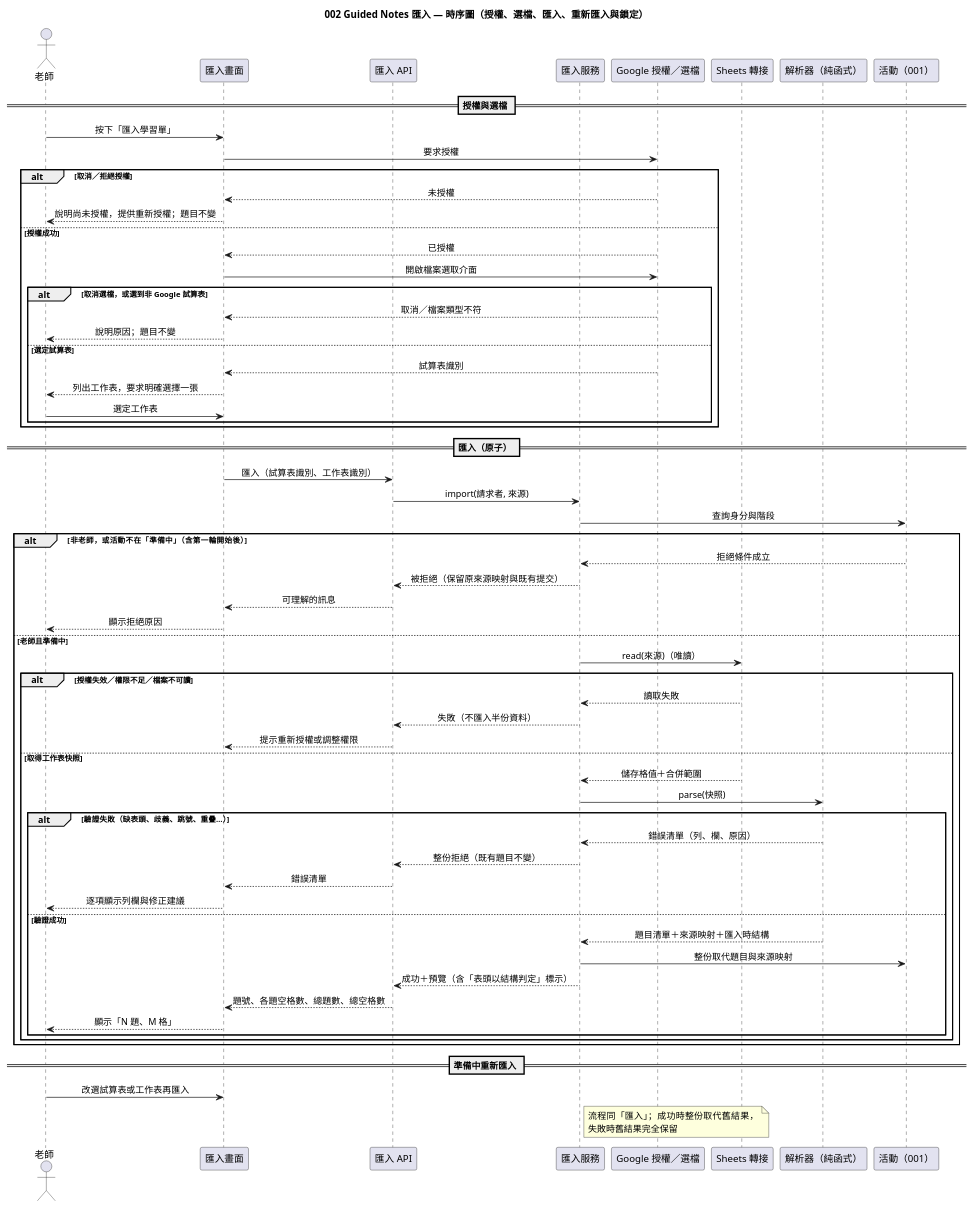
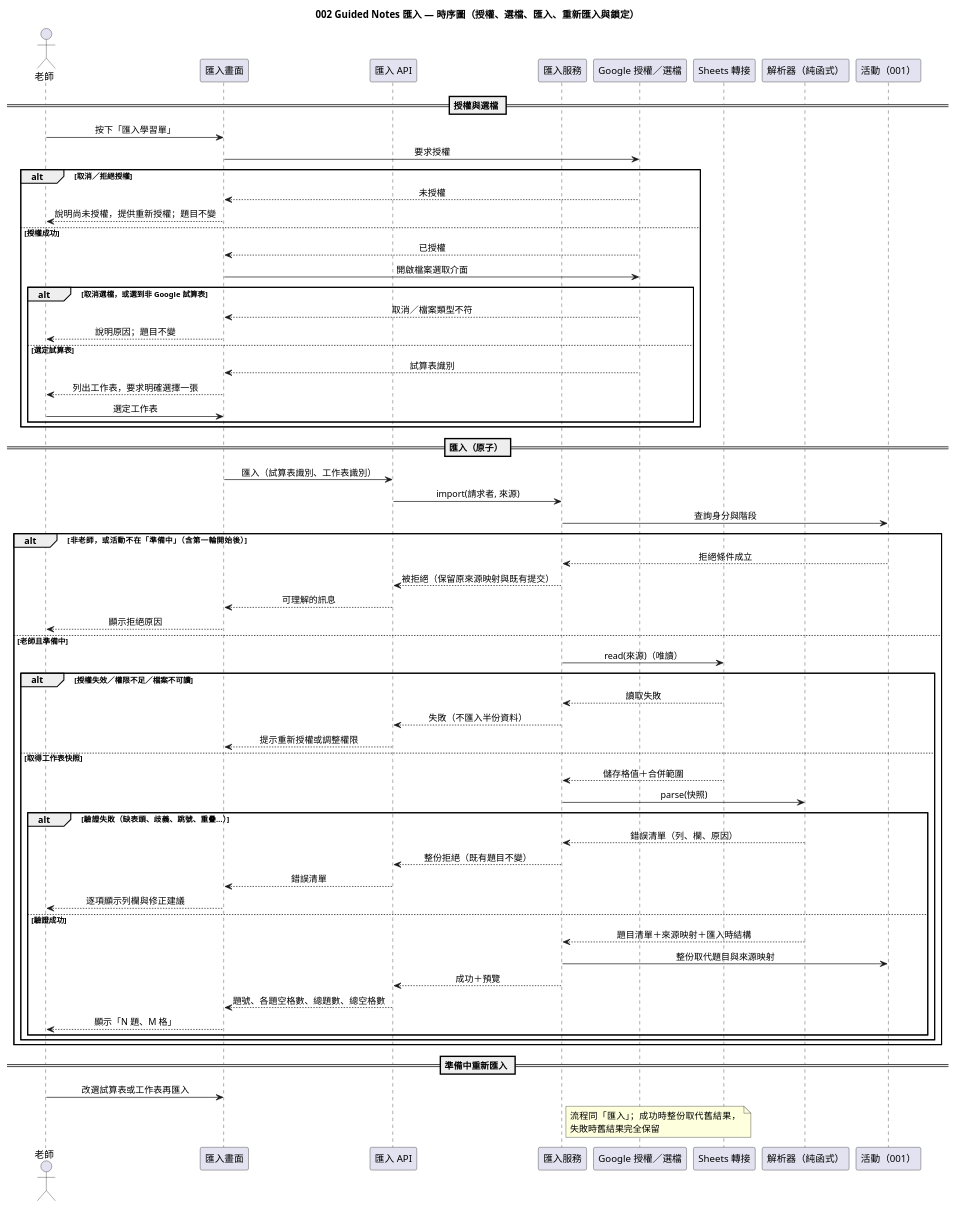
One commit to EricC430/lecture-answer-first_group16_speckit changed the diagram in diagrams/002-guided-notes-import-sequence.puml. Above: the diagram before and after it, drawn with PlantUML. The commit also changed 8 other files, not shown here.

```diff
--- a/diagrams/002-guided-notes-import-sequence.puml
+++ b/diagrams/002-guided-notes-import-sequence.puml
@@ -1,70 +1,70 @@
 @startuml 002-guided-notes-import-sequence
 skinparam defaultFontName "Microsoft JhengHei"
 skinparam sequenceMessageAlign center
 title 002 Guided Notes 匯入 — 時序圖（授權、選檔、匯入、重新匯入與鎖定）
 
 actor "老師" as T
 participant "匯入畫面" as UI
 participant "匯入 API" as API
 participant "匯入服務" as S
 participant "Google 授權／選檔" as G
 participant "Sheets 轉接" as SA
 participant "解析器（純函式）" as P
 participant "活動（001）" as A
 
 == 授權與選檔 ==
 T -> UI : 按下「匯入學習單」
 UI -> G : 要求授權
 alt 取消／拒絕授權
   G --> UI : 未授權
   UI --> T : 說明尚未授權，提供重新授權；題目不變
 else 授權成功
   G --> UI : 已授權
   UI -> G : 開啟檔案選取介面
   alt 取消選檔，或選到非 Google 試算表
     G --> UI : 取消／檔案類型不符
     UI --> T : 說明原因；題目不變
   else 選定試算表
     G --> UI : 試算表識別
     UI --> T : 列出工作表，要求明確選擇一張
     T -> UI : 選定工作表
   end
 end
 
 == 匯入（原子） ==
 UI -> API : 匯入（試算表識別、工作表識別）
 API -> S : import(請求者, 來源)
 S -> A : 查詢身分與階段
 alt 非老師，或活動不在「準備中」（含第一輪開始後）
   A --> S : 拒絕條件成立
   S --> API : 被拒絕（保留原來源映射與既有提交）
   API --> UI : 可理解的訊息
   UI --> T : 顯示拒絕原因
 else 老師且準備中
   S -> SA : read(來源)（唯讀）
   alt 授權失效／權限不足／檔案不可讀
     SA --> S : 讀取失敗
     S --> API : 失敗（不匯入半份資料）
     API --> UI : 提示重新授權或調整權限
   else 取得工作表快照
     SA --> S : 儲存格值＋合併範圍
     S -> P : parse(快照)
     alt 驗證失敗（缺表頭、歧義、跳號、重疊…）
       P --> S : 錯誤清單（列、欄、原因）
       S --> API : 整份拒絕（既有題目不變）
       API --> UI : 錯誤清單
       UI --> T : 逐項顯示列欄與修正建議
     else 驗證成功
       P --> S : 題目清單＋來源映射＋匯入時結構
       S -> A : 整份取代題目與來源映射
-      S --> API : 成功＋預覽（含「表頭以結構判定」標示）
+      S --> API : 成功＋預覽
       API --> UI : 題號、各題空格數、總題數、總空格數
       UI --> T : 顯示「N 題、M 格」
     end
   end
 end
 
 == 準備中重新匯入 ==
 T -> UI : 改選試算表或工作表再匯入
 note right of S : 流程同「匯入」；成功時整份取代舊結果，\n失敗時舊結果完全保留
 @enduml
```
